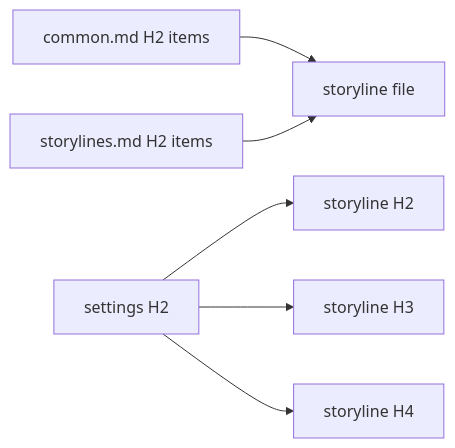
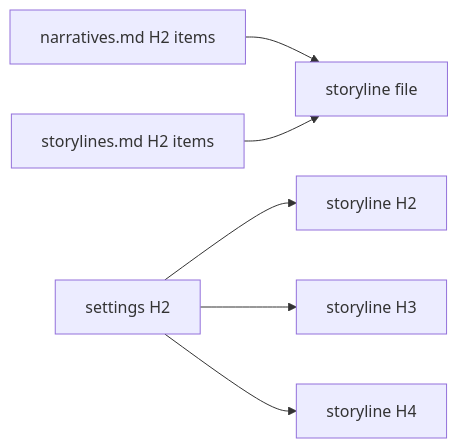
The diagram in .agents/skills/novel/storylines.md (samchon/novels), drawn with Mermaid before and after one commit. The commit also changed other lines of this file and 13 other files, not shown here.

````diff
--- a/.agents/skills/novel/storylines.md
+++ b/.agents/skills/novel/storylines.md
@@ -21,8 +21,8 @@
 ```mermaid
 flowchart LR
-  PC["common.md H2 items"] --> SF["storyline file"]
+  PC["narratives.md H2 items"] --> SF["storyline file"]
   PL["storylines.md H2 items"] --> SF
   F["settings H2"] --> S2["storyline H2"]
   F --> S3["storyline H3"]
   F --> S4["storyline H4"]
 ```
````
